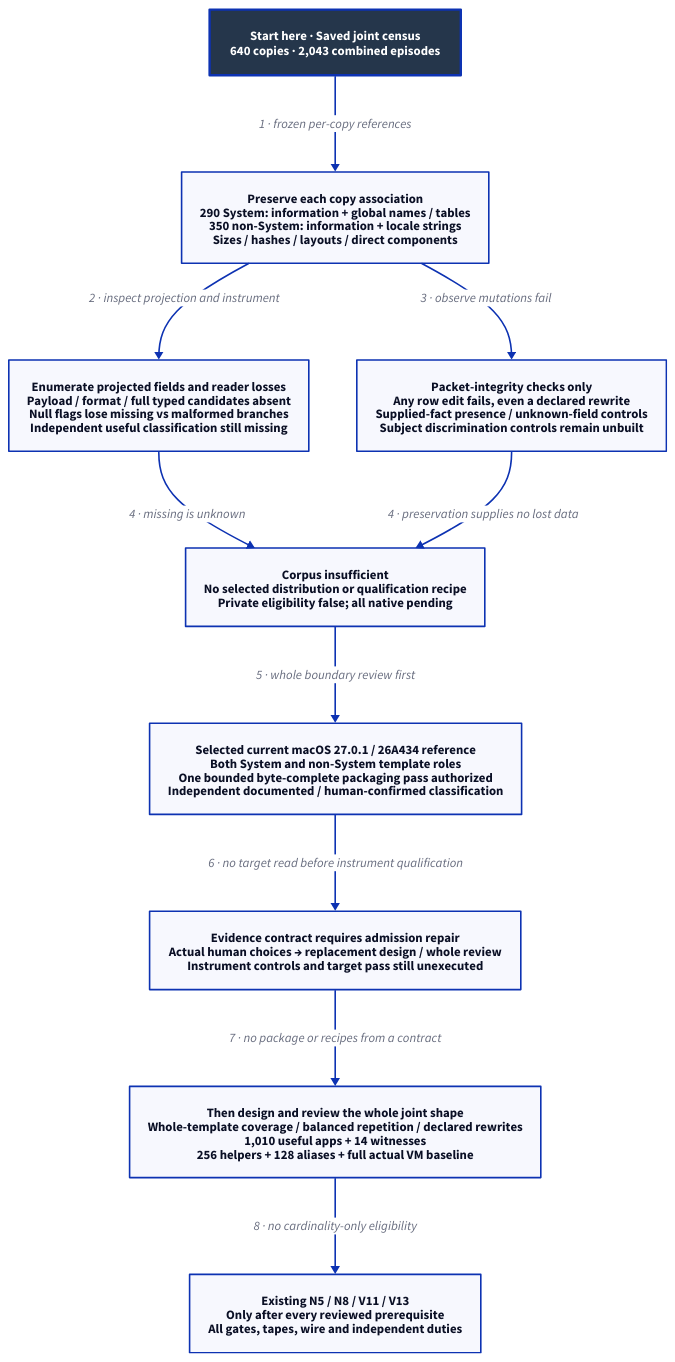
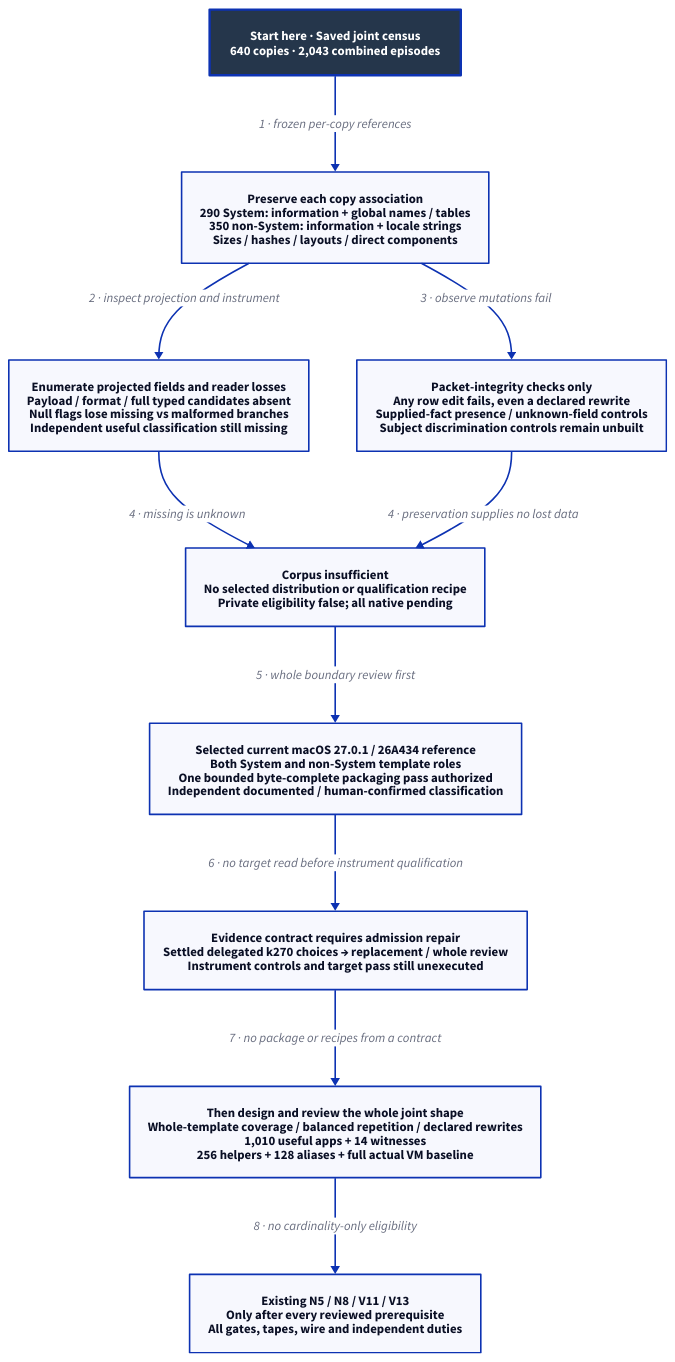
One commit to Linkuistics/Koine changed the diagram in docs/design/architecture/native-population-metadata-shape.d2. Above: the diagram before and after it, drawn with D2. The commit also changed 22 other files, not shown here.

Commit message:
Settle delegated evidence authority (reference-evidence-authority-k270)

```diff
--- a/docs/design/architecture/native-population-metadata-shape.d2
+++ b/docs/design/architecture/native-population-metadata-shape.d2
@@ -1,23 +1,23 @@
 # Historical boundary and selected current-reference requirements; no useful subject or native pass.
 direction: down
 classes: {
   start: {style: {fill: "#25364B"; font-color: "#FFFFFF"; bold: true; stroke-width: 3}}
 }
 Start: "Start here · Saved joint census\n640 copies · 2,043 combined episodes" {class: start}
 Known: "Preserve each copy association\n290 System: information + global names / tables\n350 non-System: information + locale strings\nSizes / hashes / layouts / direct components"
 Missing: "Enumerate projected fields and reader losses\nPayload / format / full typed candidates absent\nNull flags lose missing vs malformed branches\nIndependent useful classification still missing"
 Control: "Packet-integrity checks only\nAny row edit fails, even a declared rewrite\nSupplied-fact presence / unknown-field controls\nSubject discrimination controls remain unbuilt"
 Boundary: "Corpus insufficient\nNo selected distribution or qualification recipe\nPrivate eligibility false; all native pending"
 Decision: "Selected current macOS 27.0.1 / 26A434 reference\nBoth System and non-System template roles\nOne bounded byte-complete packaging pass authorized\nIndependent documented / human-confirmed classification"
-Contract: "Evidence contract requires admission repair\nActual human choices → replacement design / whole review\nInstrument controls and target pass still unexecuted"
+Contract: "Evidence contract requires admission repair\nSettled delegated k270 choices → replacement / whole review\nInstrument controls and target pass still unexecuted"
 Design: "Then design and review the whole joint shape\nWhole-template coverage / balanced repetition / declared rewrites\n1,010 useful apps + 14 witnesses\n256 helpers + 128 aliases + full actual VM baseline"
 Native: "Existing N5 / N8 / V11 / V13\nOnly after every reviewed prerequisite\nAll gates, tapes, wire and independent duties"
 Start -> Known: "1 · frozen per-copy references"
 Known -> Missing: "2 · inspect projection and instrument"
 Known -> Control: "3 · observe mutations fail"
 Missing -> Boundary: "4 · missing is unknown"
 Control -> Boundary: "4 · preservation supplies no lost data"
 Boundary -> Decision: "5 · whole boundary review first"
 Decision -> Contract: "6 · no target read before instrument qualification"
 Contract -> Design: "7 · no package or recipes from a contract"
 Design -> Native: "8 · no cardinality-only eligibility"
```
